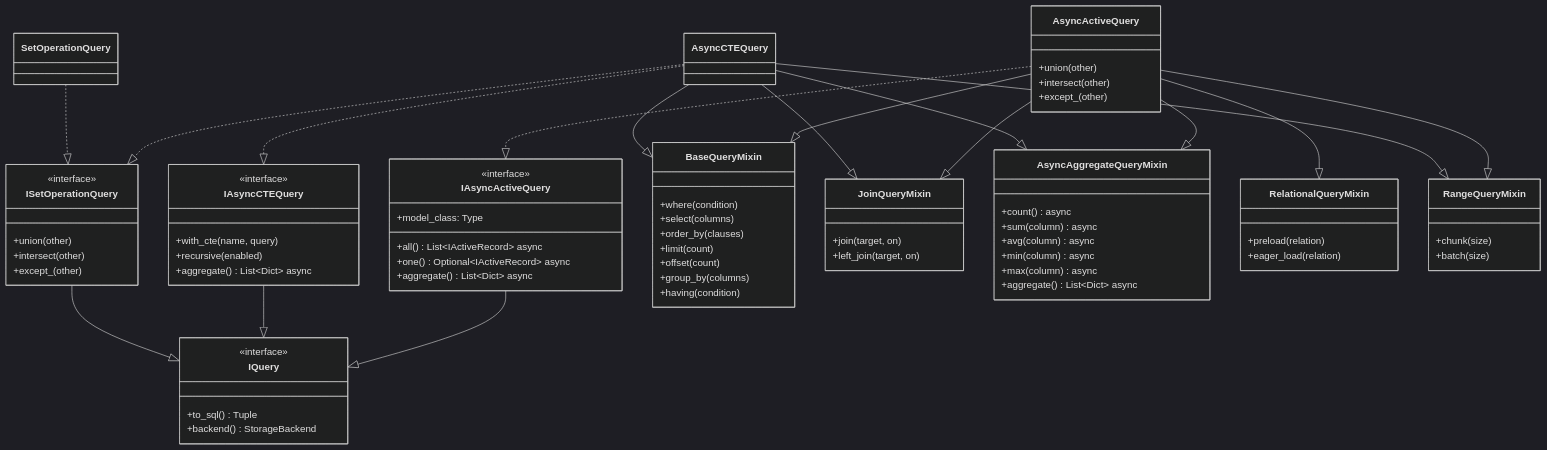
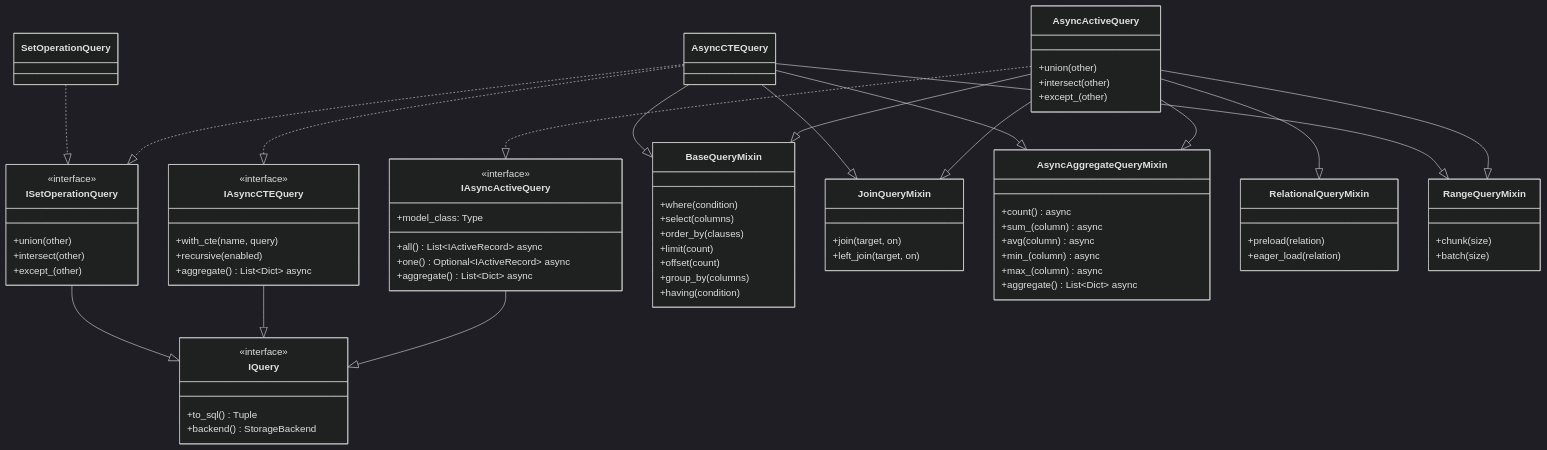
The fifth of 6 diagrams in docs/en_US/introduction/architecture.md (rhosocial/python-activerecord), drawn with Mermaid (dark theme) before and after one commit. The commit also changed other lines of this file and 41 other files, not shown here.

```diff
--- a/docs/en_US/introduction/architecture.md
+++ b/docs/en_US/introduction/architecture.md
@@ -352,10 +352,10 @@
     }
     class AsyncAggregateQueryMixin {
         +count() async
-        +sum(column) async
+        +sum_(column) async
         +avg(column) async
-        +min(column) async
-        +max(column) async
+        +min_(column) async
+        +max_(column) async
         +aggregate() List~Dict~ async
     }
     class RelationalQueryMixin {
```
